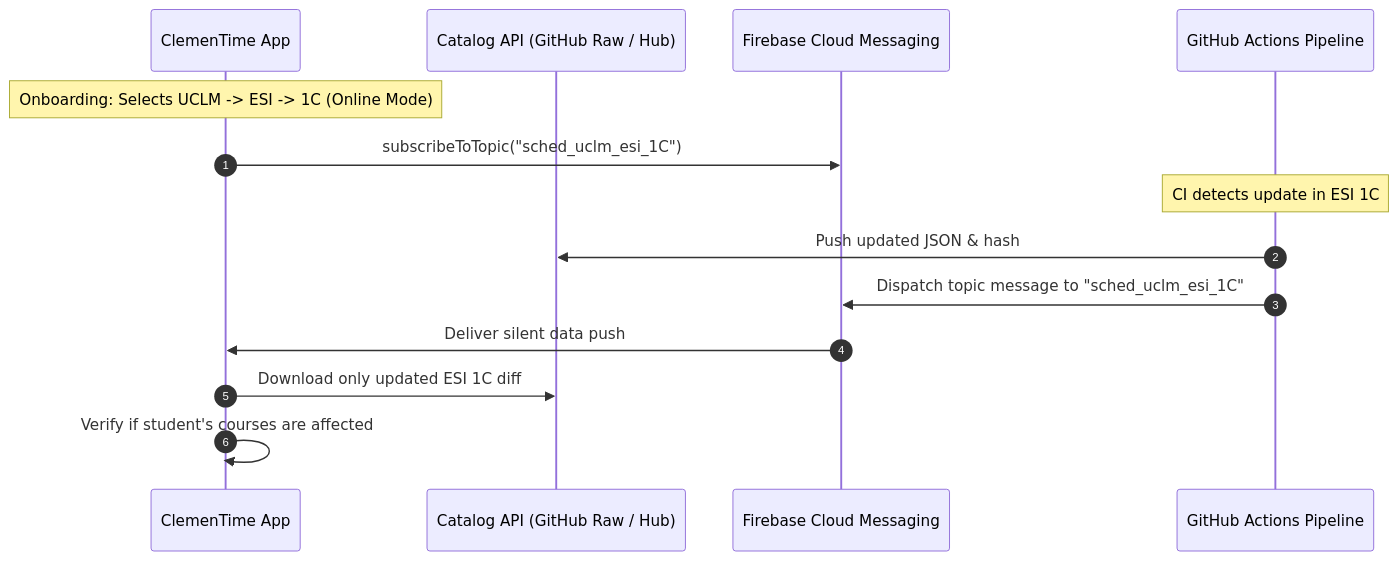
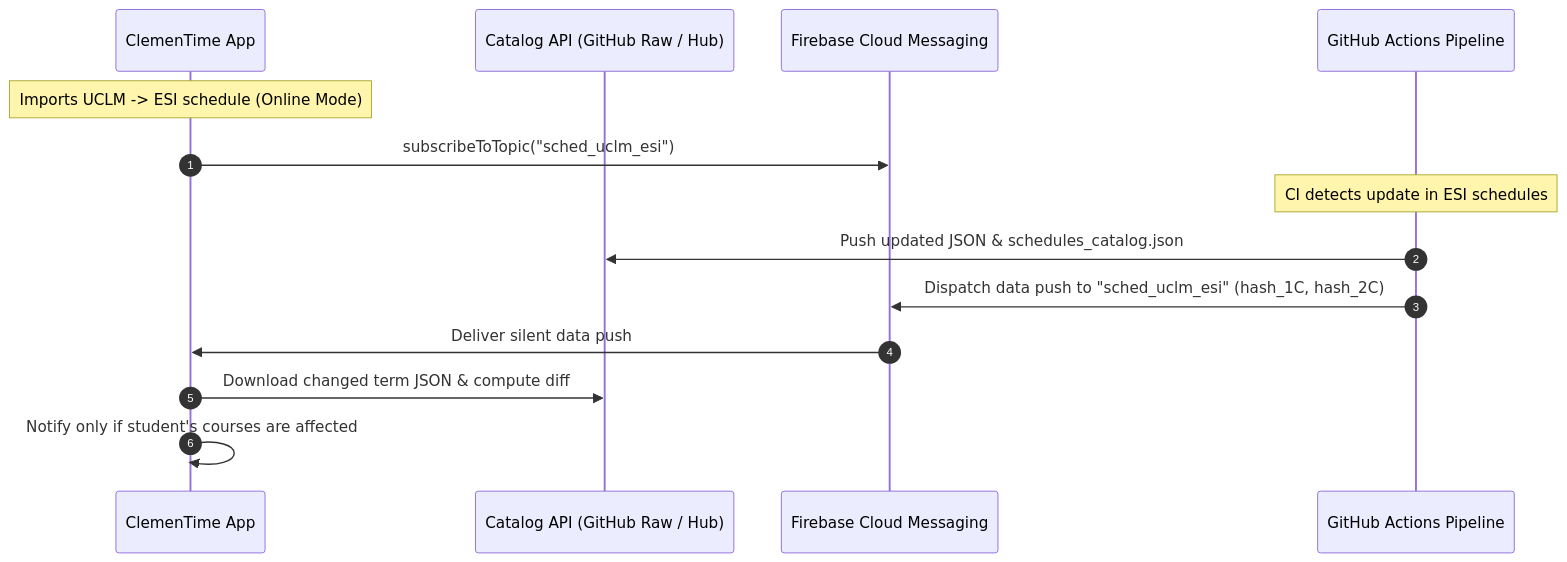
One commit to MarcosLorCar/ClemenTime changed the second of 2 diagrams in docs/multi_faculty_and_fcm_architecture.md. Above: the diagram before and after it, drawn with Mermaid. The commit also changed other lines of this file and 9 other files, not shown here.

Commit message:
docs: sync skills and architecture docs, remove completed plans, and add anti-slop guardrails

````diff
--- a/docs/multi_faculty_and_fcm_architecture.md
+++ b/docs/multi_faculty_and_fcm_architecture.md
@@ -213,18 +212,18 @@
 ```mermaid
 sequenceDiagram
     autonumber
     participant Student as ClemenTime App
     participant Cat as Catalog API (GitHub Raw / Hub)
     participant FCM as Firebase Cloud Messaging
     participant CI as GitHub Actions Pipeline
 
-    Note over Student: Onboarding: Selects UCLM -> ESI -> 1C (Online Mode)
-    Student->>FCM: subscribeToTopic("sched_uclm_esi_1C")
+    Note over Student: Imports UCLM -> ESI schedule (Online Mode)
+    Student->>FCM: subscribeToTopic("sched_uclm_esi")
     
-    Note over CI: CI detects update in ESI 1C
-    CI->>Cat: Push updated JSON & hash
-    CI->>FCM: Dispatch topic message to "sched_uclm_esi_1C"
+    Note over CI: CI detects update in ESI schedules
+    CI->>Cat: Push updated JSON & schedules_catalog.json
+    CI->>FCM: Dispatch data push to "sched_uclm_esi" (hash_1C, hash_2C)
     FCM->>Student: Deliver silent data push
-    Student->>Cat: Download only updated ESI 1C diff
-    Student->>Student: Verify if student's courses are affected
+    Student->>Cat: Download changed term JSON & compute diff
+    Student->>Student: Notify only if student's courses are affected
 ```
````
